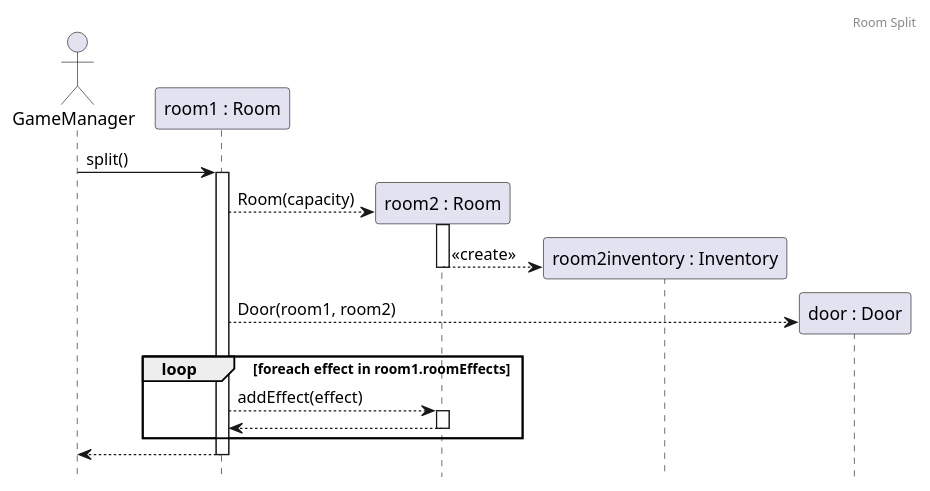
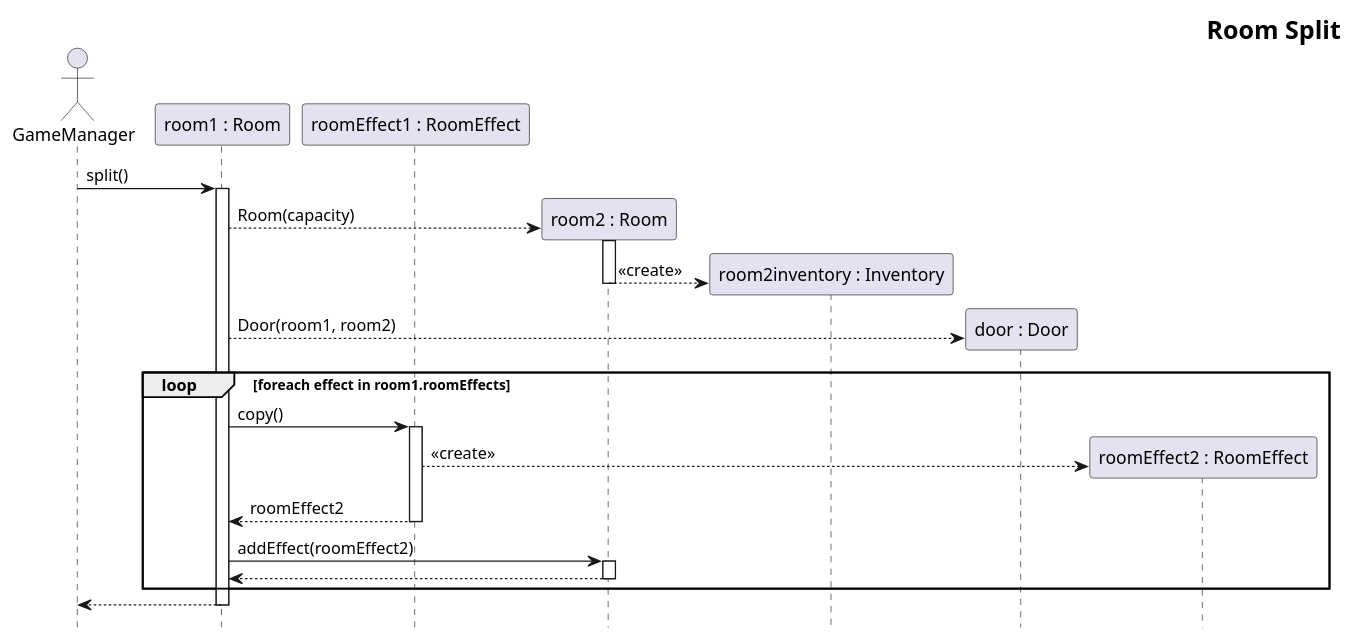
The diagram in docs/sequence/room/RoomSplit.puml (Kristof-me/Logarlec), drawn with PlantUML before and after one commit. The commit also changed 9 other files, not shown here.

```diff
--- a/docs/sequence/room/RoomSplit.puml
+++ b/docs/sequence/room/RoomSplit.puml
@@ -1,26 +1,34 @@
 @startuml RoomSplit
+skinparam headerFontSize 20
+skinparam HeaderFontColor #000000
+skinparam HeaderFontStyle bold
 header Room Split
 hide footbox
 
 actor gm as "GameManager"
 participant r1 as "room1 : Room"
+participant ef1 as "roomEffect1 : RoomEffect"
 
 gm -> r1 ++ : split()
 
 create r2 as "room2 : Room"
 r1 --> r2 ++: Room(capacity)
 create r2i as "room2inventory : Inventory"
 r2 --> r2i --: <<create>>
 
 create d as "door : Door"
 r1 --> d : Door(room1, room2)
 
 ' az ajtó hozzáadás ezek szerint belső működés
 
 loop foreach effect in room1.roomEffects
-    r1 --> r2 ++ : addEffect(effect)
+    r1 -> ef1++: copy()
+    create ef2 as "roomEffect2 : RoomEffect"
+    ef1 --> ef2: <<create>>
+    return roomEffect2
+    r1 -> r2 ++ : addEffect(roomEffect2)
     return
 end
 return
 
 @enduml
```
